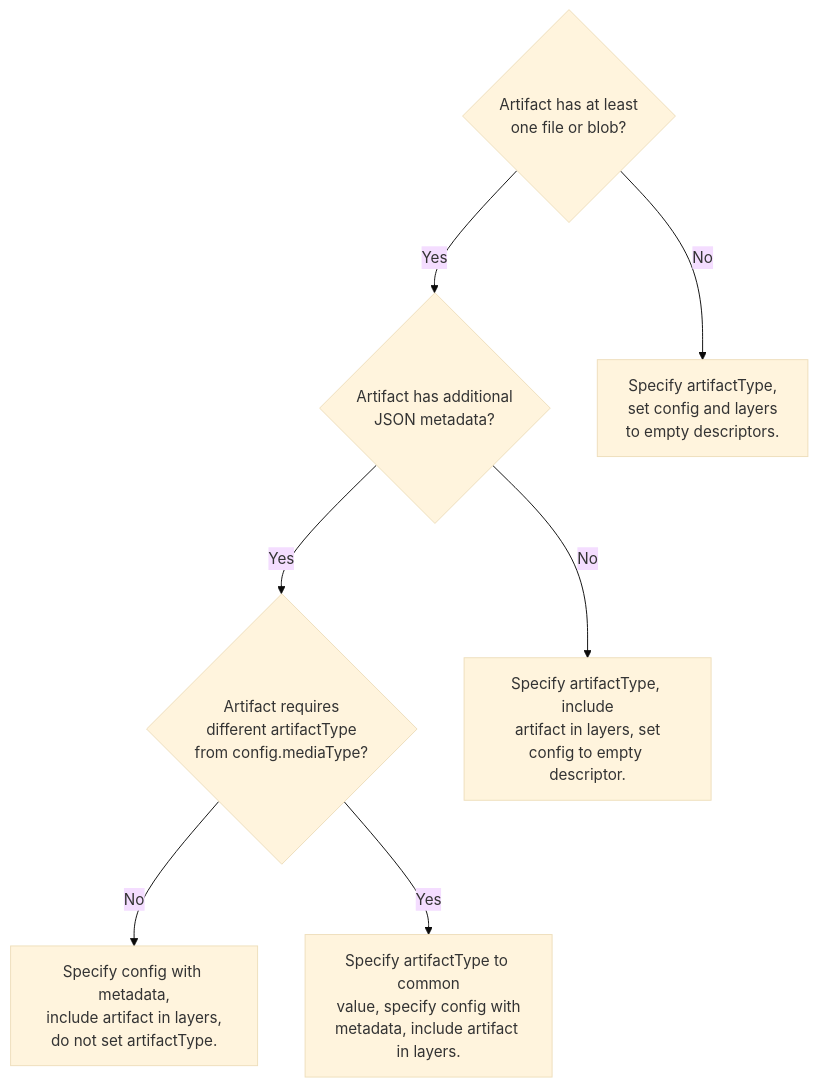
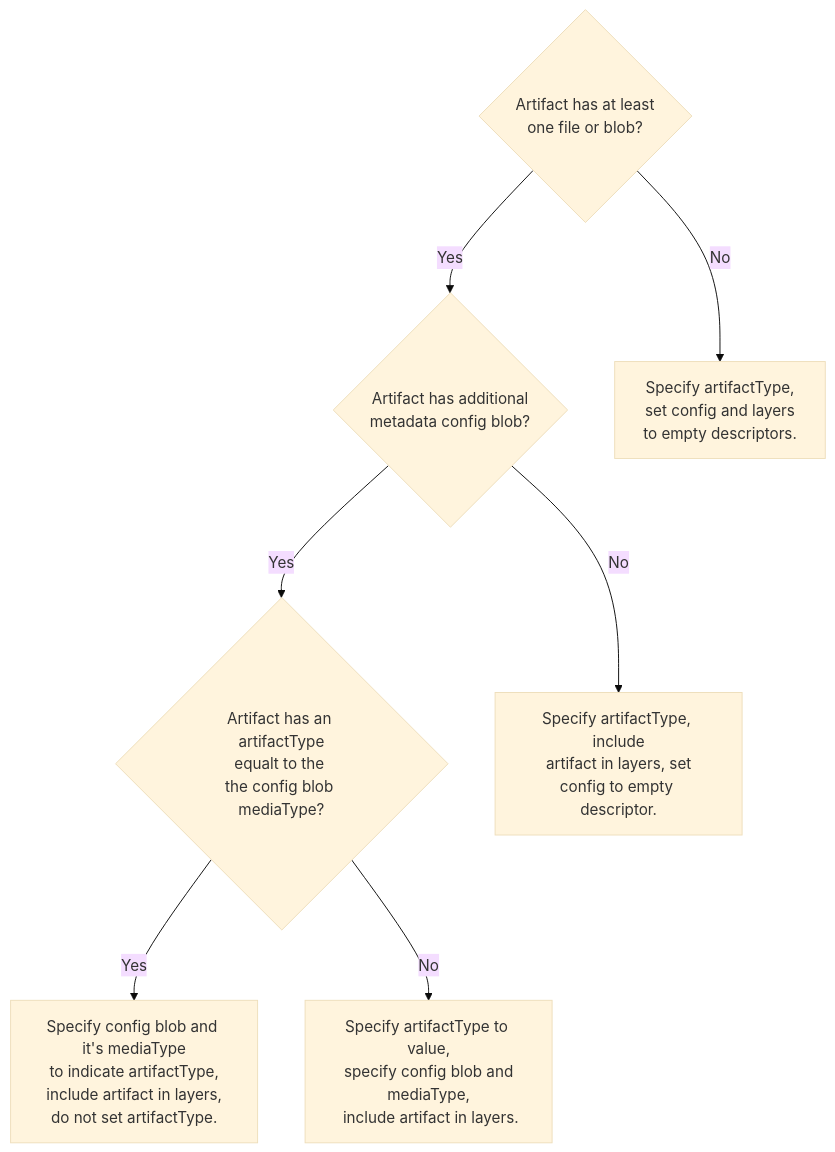
Before and after one commit to oras-project/oras-www: the second of 2 diagrams in docs/concepts/artifact.mdx, drawn with Mermaid (base theme). The commit also changed other lines of this file and 2 other files, not shown here.

Commit message:
addressed pr feedback

````diff
--- a/docs/concepts/artifact.mdx
+++ b/docs/concepts/artifact.mdx
@@ -173,18 +176,18 @@
 ```mermaid
 graph TD
-    A{Artifact has at least<br>one file or blob?}
-    B{Artifact has additional<br>JSON metadata?}
-    C{Artifact requires <br>different artifactType<br>from config.mediaType?}
-    D[Specify artifactType,<br>set config and layers<br>to empty descriptors.]
-    E[Specify artifactType, include<br>artifact in layers, set<br>config to empty descriptor.]
-    F[Specify config with metadata,<br>include artifact in layers,<br>do not set artifactType.]
-    G[Specify artifactType to common<br>value, specify config with<br>metadata, include artifact in layers.]
+    HasBlob{Artifact has at least<br>one file or blob?}
+    HasConfigData{Artifact has additional<br> metadata config blob?}
+    HasConfigEqArtifactType{Artifact has an artifactType<br>equalt to the <br>the config blob mediaType?}
+    
+    Artifact_NoBlobs[Specify artifactType,<br>set config and layers<br>to empty descriptors.]
+    Artifact_NoConfig[Specify artifactType, include<br>artifact in layers, set<br>config to empty descriptor.]
+    Artifact_WithConfigBlob[Specify artifactType to value,<br> specify config blob and mediaType,<br> include artifact in layers.]
+    Artifact_NoArtifactType[Specify config blob and it's mediaType<br>to indicate artifactType,<br>include artifact in layers,<br>do not set artifactType.]
 
-    A -- No --> D
-    A -- Yes --> B
-    B -- No --> E
-    B -- Yes --> C
-    C -- No --> F
-    C -- Yes --> G
-
+    HasBlob -- No --> Artifact_NoBlobs
+    HasBlob -- Yes --> HasConfigData
+    HasConfigData -- No --> Artifact_NoConfig
+    HasConfigData -- Yes --> HasConfigEqArtifactType
+    HasConfigEqArtifactType -- Yes --> Artifact_NoArtifactType
+    HasConfigEqArtifactType -- No --> Artifact_WithConfigBlob
 ```
````
